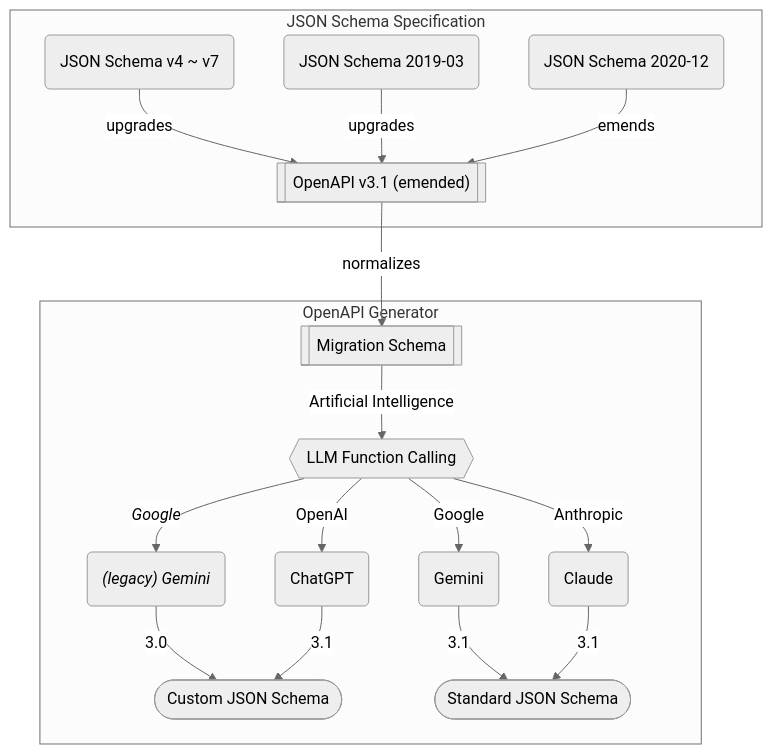
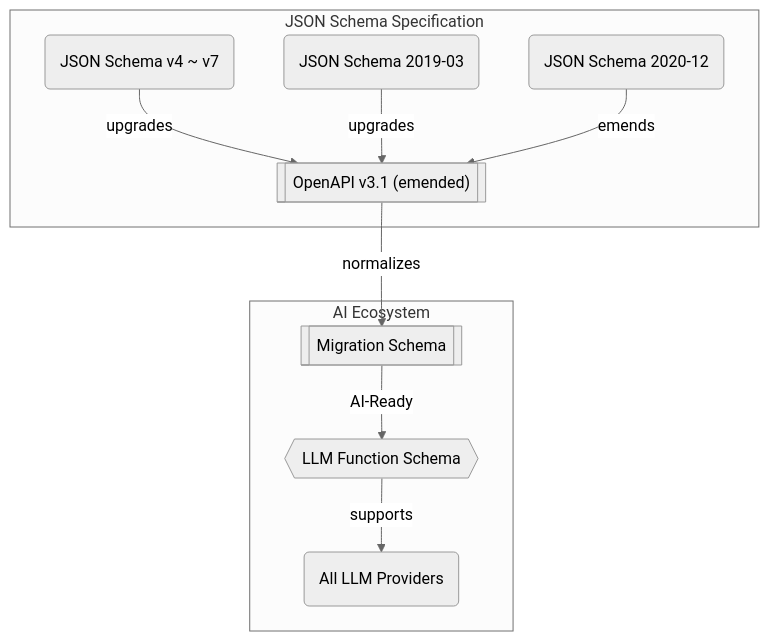
Before and after one commit to samchon/openapi: the third of 3 diagrams in README.md, drawn with Mermaid (neutral theme). The commit also changed other lines of this file and 1 other file, not shown here.

Commit message:
Re-write README for universal LLM schemas

````diff
--- a/README.md
+++ b/README.md
@@ -343,20 +377,13 @@
 ```mermaid
-flowchart
-  subgraph "JSON Schema Specification"
-    schemav4("JSON Schema v4 ~ v7") --upgrades--> emended[["OpenAPI v3.1 (emended)"]]
-    schema2910("JSON Schema 2019-03") --upgrades--> emended
-    schema2020("JSON Schema 2020-12") --emends--> emended
-  end
-  subgraph "OpenAPI Generator"
-    emended --normalizes--> migration[["Migration Schema"]]
-    migration --"Artificial Intelligence"--> lfc{{"LLM Function Calling"}}
-    lfc --"OpenAI"--> chatgpt("ChatGPT")
-    lfc --"Google"--> gemini("Gemini")
-    lfc --"Anthropic"--> claude("Claude")
-    lfc --"<i>Google</i>" --> legacy_gemini("<i> (legacy) Gemini</i>")
-    legacy_gemini --"3.0" --> custom(["Custom JSON Schema"])
-    chatgpt --"3.1"--> custom
-    gemini --"3.1"--> standard(["Standard JSON Schema"])
-    claude --"3.1"--> standard
-  end
+flowchart TB
+subgraph "JSON Schema Specification"
+  schemav4("JSON Schema v4 ~ v7") --upgrades--> emended[["OpenAPI v3.1 (emended)"]]
+  schema2910("JSON Schema 2019-03") --upgrades--> emended
+  schema2020("JSON Schema 2020-12") --emends--> emended
+end
+subgraph "AI Ecosystem"
+  emended --normalizes--> migration[["Migration Schema"]]
+  migration --AI-Ready--> schema{{"LLM Function Schema"}}
+  schema --supports--> all("All LLM Providers")
+end
 ```
````
